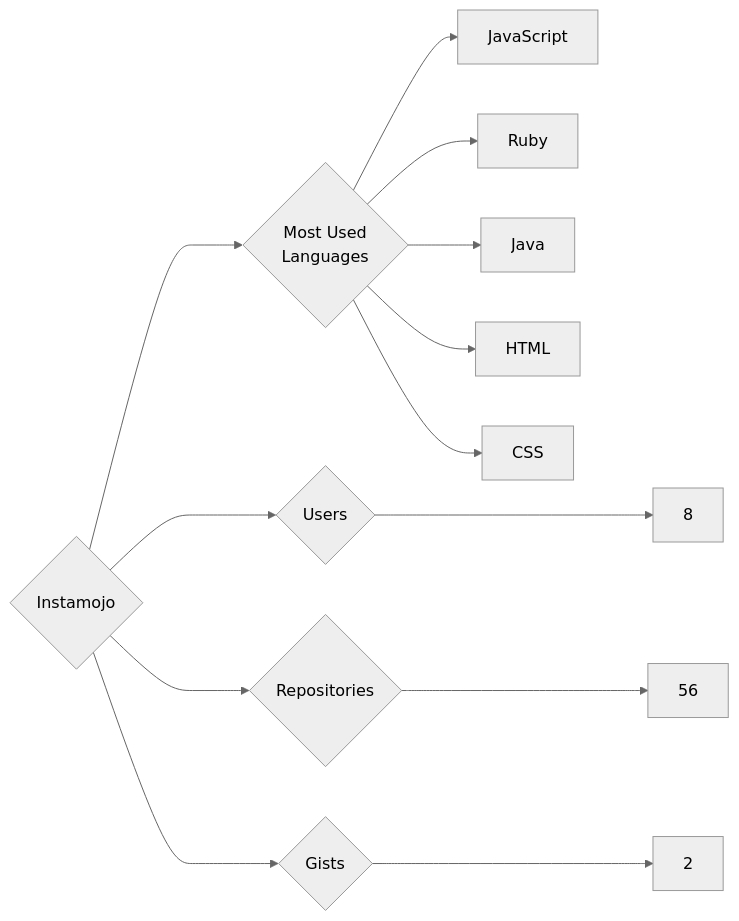
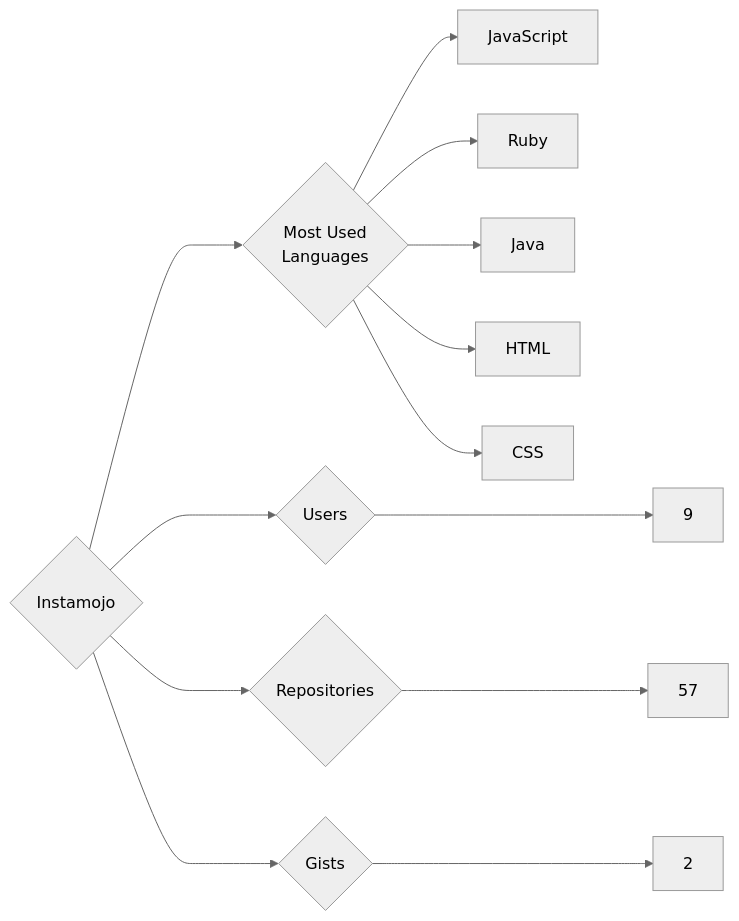
One commit to trickest/insiders changed the diagram in targets/Instamojo/README.md. Above: the diagram before and after it, drawn with Mermaid (neutral theme). The commit also changed 1148 other files, not shown here.

````diff
--- a/targets/Instamojo/README.md
+++ b/targets/Instamojo/README.md
@@ -3,13 +3,13 @@
 ```mermaid
 graph LR
 COMPANY_NAME{Instamojo}
-COMPANY_NAME ---> U{Users} ---> UN[8]
-COMPANY_NAME ---> R{Repositories} ---> RN[56]
+COMPANY_NAME ---> U{Users} ---> UN[9]
+COMPANY_NAME ---> R{Repositories} ---> RN[57]
 COMPANY_NAME ---> G{Gists} ---> GN[2]
 COMPANY_NAME ---> ML{Most Used<br>Languages}
 ML --> JavaScript[JavaScript]
 ML --> Ruby[Ruby]
 ML --> Java[Java]
 ML --> HTML[HTML]
 ML --> CSS[CSS]
 ```
````
